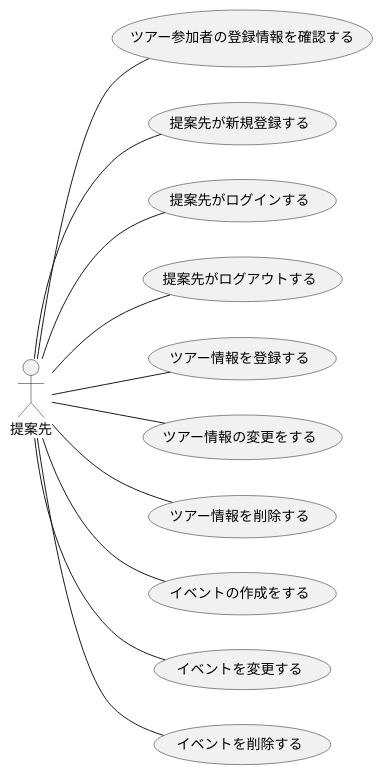
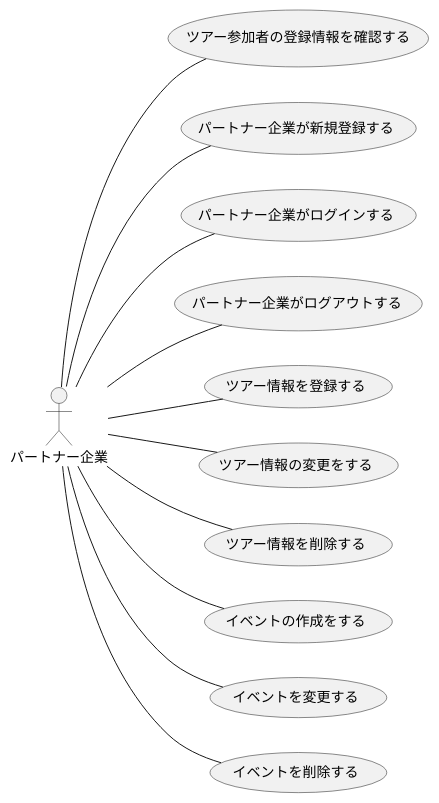
One commit to ksw2270227/GroupF changed the diagram in F_usecase_client.plantuml. Above: the diagram before and after it, drawn with PlantUML. The commit also changed 4 other files, not shown here.

```diff
--- a/F_usecase_client.plantuml
+++ b/F_usecase_client.plantuml
@@ -1,17 +1,17 @@
-@startuml 提案先
+@startuml パートナー企業
 left to right direction
-actor 提案先
+actor パートナー企業
 
-提案先 -- (ツアー参加者の登録情報を確認する)
-提案先 -- (提案先が新規登録する)
-提案先 -- (提案先がログインする)
-提案先 -- (提案先がログアウトする)
-提案先 -- (ツアー情報を登録する)
-提案先 -- (ツアー情報の変更をする)
-提案先 -- (ツアー情報を削除する)
-提案先 -- (イベントの作成をする)
-提案先 -- (イベントを変更する)
-提案先 -- (イベントを削除する)
+パートナー企業 -- (ツアー参加者の登録情報を確認する)
+パートナー企業 -- (パートナー企業が新規登録する)
+パートナー企業 -- (パートナー企業がログインする)
+パートナー企業 -- (パートナー企業がログアウトする)
+パートナー企業 -- (ツアー情報を登録する)
+パートナー企業 -- (ツアー情報の変更をする)
+パートナー企業 -- (ツアー情報を削除する)
+パートナー企業 -- (イベントの作成をする)
+パートナー企業 -- (イベントを変更する)
+パートナー企業 -- (イベントを削除する)
 
 
 @enduml
```
